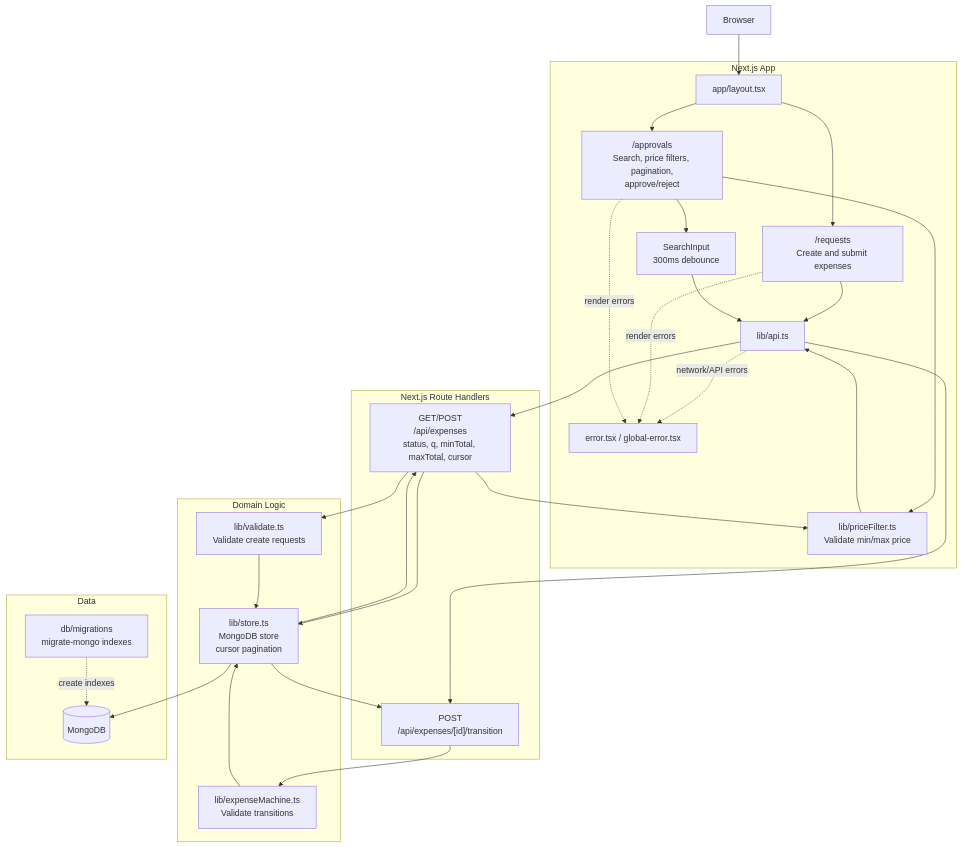
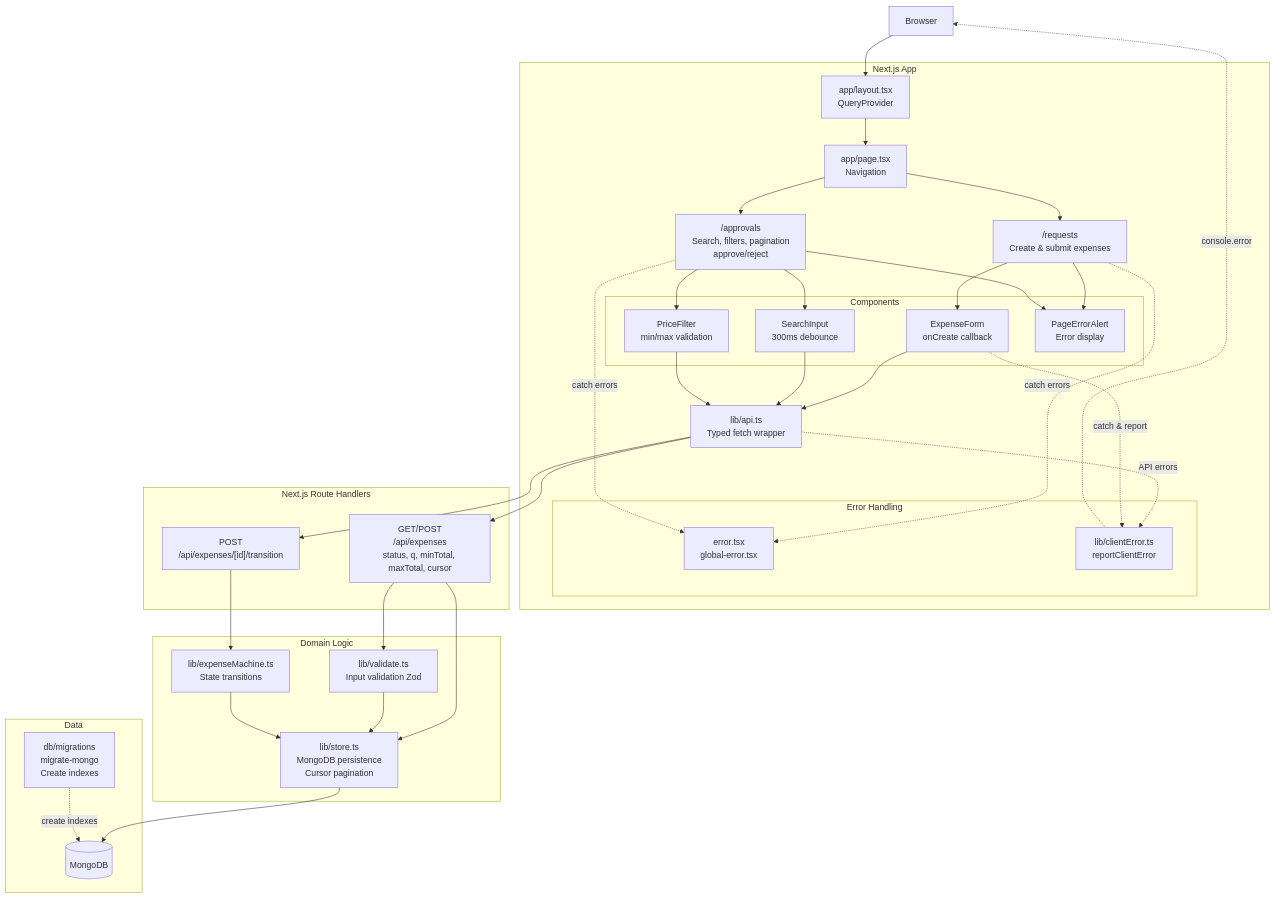
Before and after one commit to violeta-angelescu/expenses-workflow: the first of 2 diagrams in README.md, drawn with Mermaid. The commit also changed other lines of this file and 3 other files, not shown here.

````diff
--- a/README.md
+++ b/README.md
@@ -40,54 +89,75 @@
 ```mermaid
 flowchart TD
     Browser["Browser"]
 
     subgraph NextJS["Next.js App"]
-        Layout["app/layout.tsx"]
-        Requests["/requests<br/>Create and submit expenses"]
-        Approvals["/approvals<br/>Search, price filters, pagination,<br/>approve/reject"]
-        Search["SearchInput<br/>300ms debounce"]
-        PriceFilter["lib/priceFilter.ts<br/>Validate min/max price"]
-        APIClient["lib/api.ts"]
-        Errors["error.tsx / global-error.tsx"]
+        Layout["app/layout.tsx<br/>QueryProvider"]
+        Home["app/page.tsx<br/>Navigation"]
+        Requests["/requests<br/>Create & submit expenses"]
+        Approvals["/approvals<br/>Search, filters, pagination<br/>approve/reject"]
+        
+        subgraph Components["Components"]
+            ExpenseForm["ExpenseForm<br/>onCreate callback"]
+            SearchInput["SearchInput<br/>300ms debounce"]
+            PriceFilter["PriceFilter<br/>min/max validation"]
+            PageErrorAlert["PageErrorAlert<br/>Error display"]
+        end
+        
+        subgraph ErrorHandling["Error Handling"]
+            ErrorBoundary["error.tsx<br/>global-error.tsx"]
+            ClientError["lib/clientError.ts<br/>reportClientError"]
+        end
+        
+        APIClient["lib/api.ts<br/>Typed fetch wrapper"]
     end
 
     subgraph API["Next.js Route Handlers"]
         ExpensesAPI["GET/POST<br/>/api/expenses<br/>status, q, minTotal, maxTotal, cursor"]
         TransitionAPI["POST<br/>/api/expenses/[id]/transition"]
     end
 
     subgraph Domain["Domain Logic"]
-        Validate["lib/validate.ts<br/>Validate create requests"]
-        Machine["lib/expenseMachine.ts<br/>Validate transitions"]
-        Store["lib/store.ts<br/>MongoDB store<br/>cursor pagination"]
+        Validate["lib/validate.ts<br/>Input validation Zod"]
+        Machine["lib/expenseMachine.ts<br/>State transitions"]
+        Store["lib/store.ts<br/>MongoDB persistence<br/>Cursor pagination"]
     end
 
     subgraph Data["Data"]
-        Migrations["db/migrations<br/>migrate-mongo indexes"]
+        Migrations["db/migrations<br/>migrate-mongo<br/>Create indexes"]
         Mongo[("MongoDB")]
     end
 
     Browser --> Layout
-    Layout --> Requests
-    Layout --> Approvals
-    Requests --> APIClient
-    Approvals --> Search
+    Layout --> Home
+    Home --> Requests
+    Home --> Approvals
+    
+    Requests --> ExpenseForm
+    ExpenseForm --> APIClient
+    Approvals --> SearchInput
     Approvals --> PriceFilter
-    Search --> APIClient
+    SearchInput --> APIClient
     PriceFilter --> APIClient
+    
     APIClient --> ExpensesAPI
     APIClient --> TransitionAPI
-    ExpensesAPI --> PriceFilter
+    
     ExpensesAPI --> Validate
+    ExpensesAPI --> Store
     Validate --> Store
-    ExpensesAPI --> Store
+    
     TransitionAPI --> Machine
     Machine --> Store
-    Store --> ExpensesAPI
-    Store --> TransitionAPI
+    
     Store --> Mongo
     Migrations -. create indexes .-> Mongo
-    APIClient -. network/API errors .-> Errors
-    Requests -. render errors .-> Errors
-    Approvals -. render errors .-> Errors
+    
+    APIClient -.->|API errors| ClientError
+    ExpenseForm -.->|catch & report| ClientError
+    ClientError -.->|console.error| Browser
+    
+    Requests -.->|catch errors| ErrorBoundary
+    Approvals -.->|catch errors| ErrorBoundary
+    Requests --> PageErrorAlert
+    Approvals --> PageErrorAlert
 ```
````
